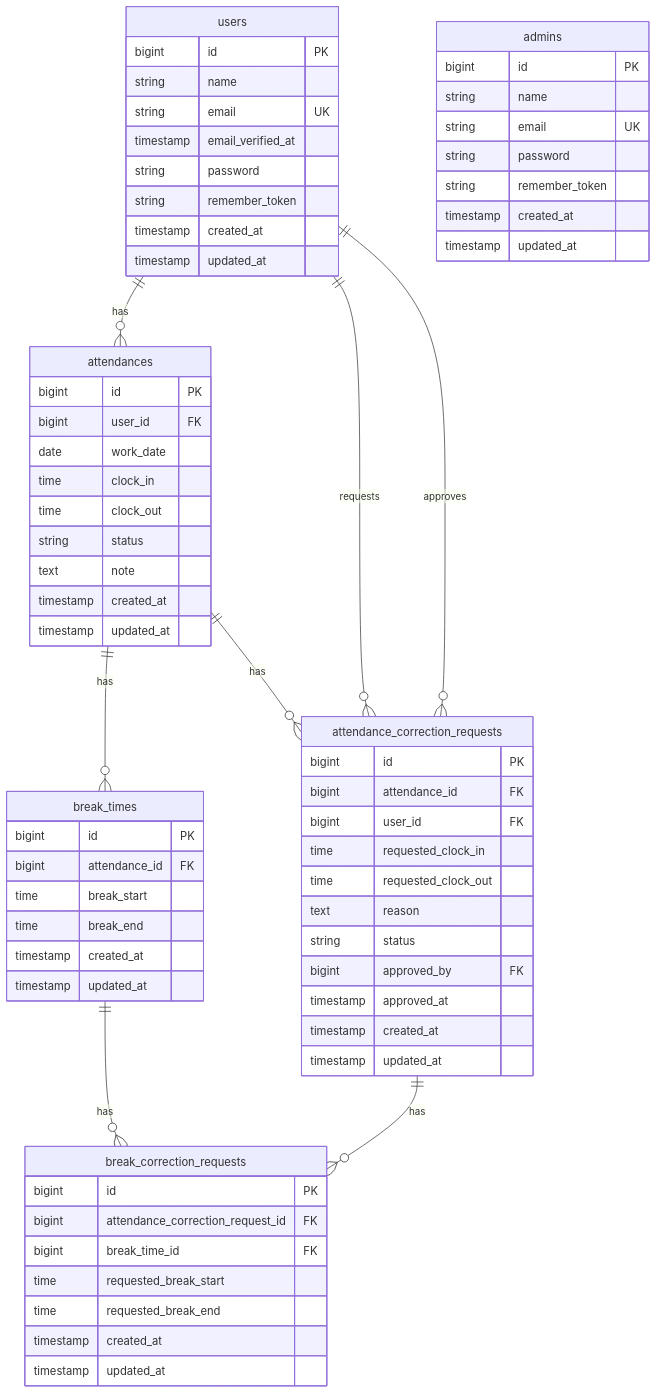
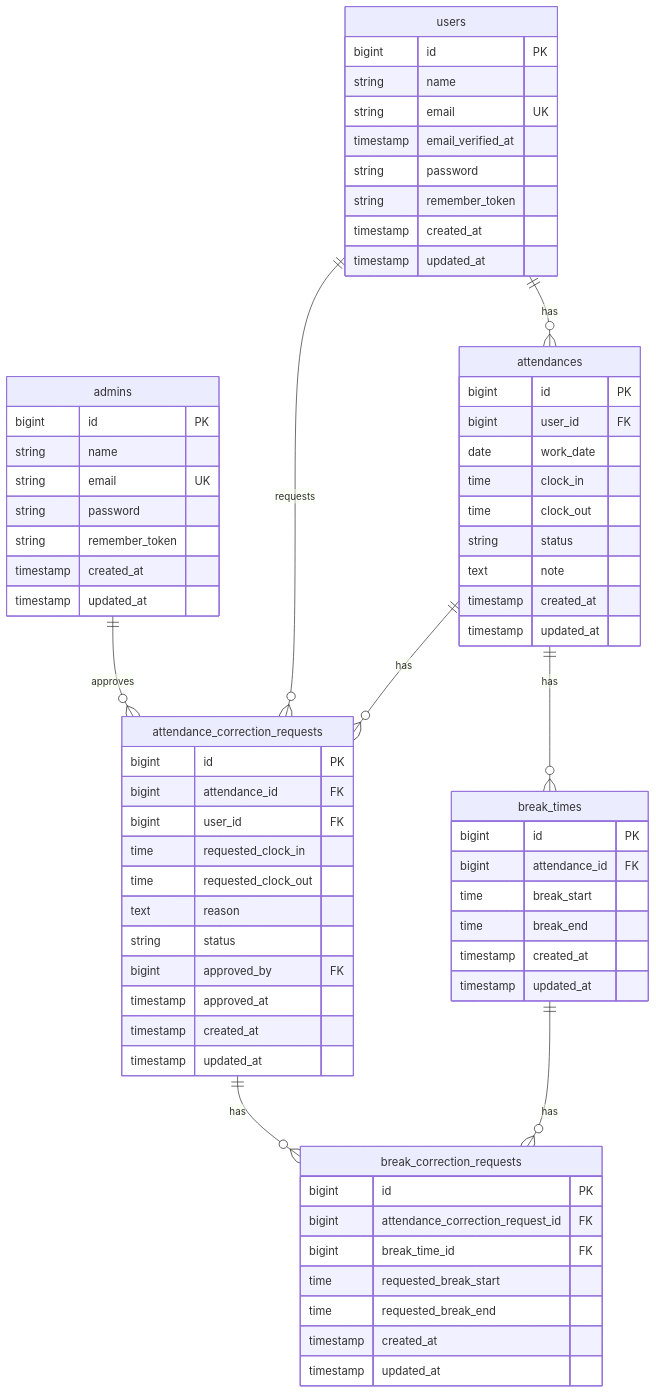
One commit to kajihata-rumi/coachtech-attendance changed the diagram in README.md. Above: the diagram before and after it, drawn with Mermaid. The commit also changed other lines of this file, not shown here.

Commit message:
Update README overview and ER diagram

````diff
--- a/README.md
+++ b/README.md
@@ -168,76 +175,76 @@
 ```mermaid
 erDiagram
     users {
         bigint id PK
         string name
         string email UK
         timestamp email_verified_at
         string password
         string remember_token
         timestamp created_at
         timestamp updated_at
     }
 
     admins {
         bigint id PK
         string name
         string email UK
         string password
         string remember_token
         timestamp created_at
         timestamp updated_at
     }
 
     attendances {
         bigint id PK
         bigint user_id FK
         date work_date
         time clock_in
         time clock_out
         string status
         text note
         timestamp created_at
         timestamp updated_at
     }
 
     break_times {
         bigint id PK
         bigint attendance_id FK
         time break_start
         time break_end
         timestamp created_at
         timestamp updated_at
     }
 
     attendance_correction_requests {
         bigint id PK
         bigint attendance_id FK
         bigint user_id FK
         time requested_clock_in
         time requested_clock_out
         text reason
         string status
         bigint approved_by FK
         timestamp approved_at
         timestamp created_at
         timestamp updated_at
     }
 
     break_correction_requests {
         bigint id PK
         bigint attendance_correction_request_id FK
         bigint break_time_id FK
         time requested_break_start
         time requested_break_end
         timestamp created_at
         timestamp updated_at
     }
 
     users ||--o{ attendances : "has"
     attendances ||--o{ break_times : "has"
     attendances ||--o{ attendance_correction_requests : "has"
     users ||--o{ attendance_correction_requests : "requests"
-    users ||--o{ attendance_correction_requests : "approves"
+    admins ||--o{ attendance_correction_requests : "approves"
     attendance_correction_requests ||--o{ break_correction_requests : "has"
     break_times ||--o{ break_correction_requests : "has"
 ```
````
